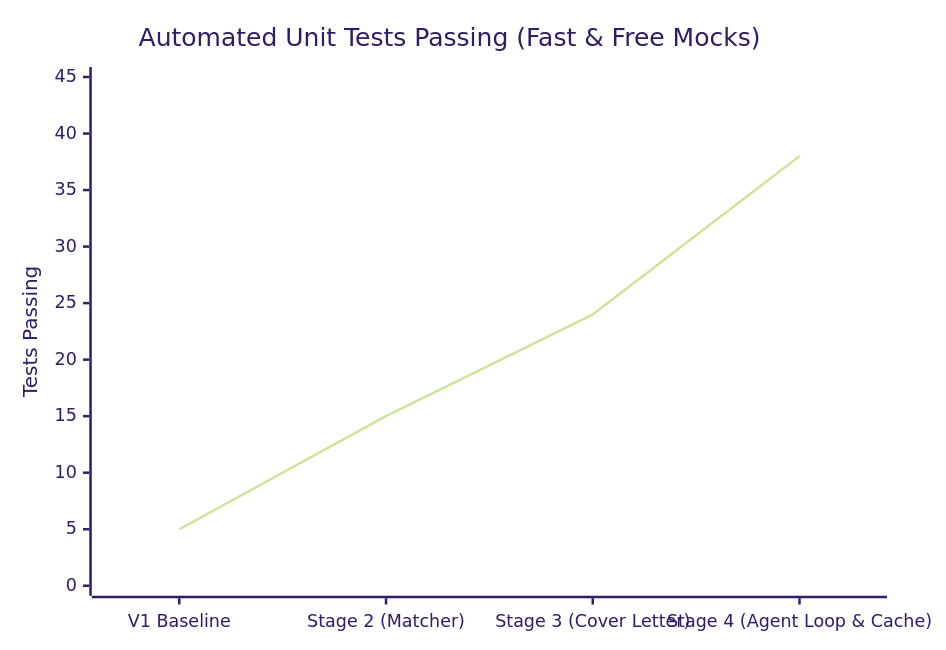
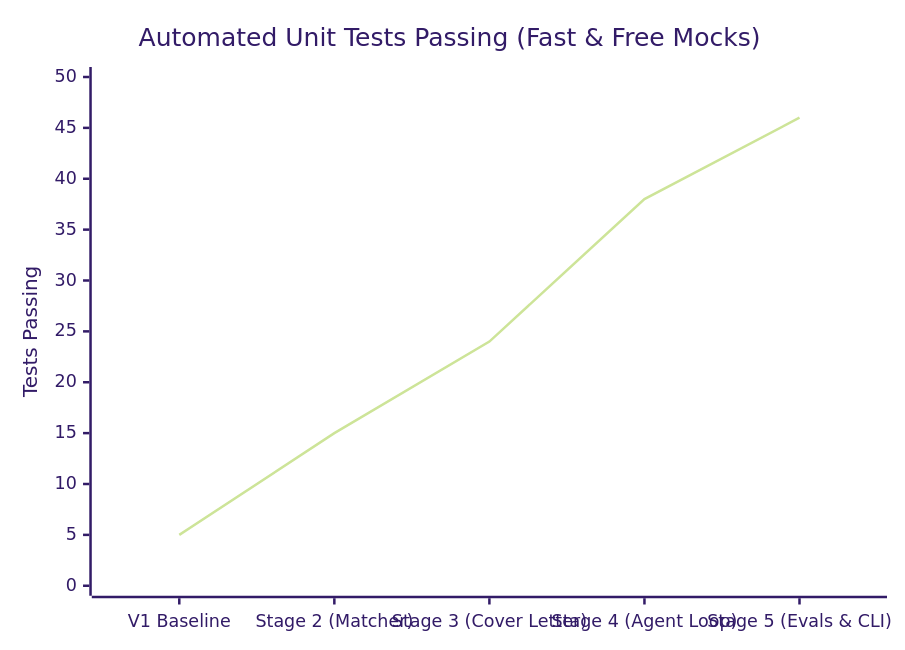
The second of 3 diagrams in METRICS.md (Rx4445/job-agent-), drawn with Mermaid (forest theme) before and after one commit. The commit also changed other lines of this file and 5 other files, not shown here.

Commit message:
feat: implement stage 5 agent decision benchmark and interactive cli copilot

````diff
--- a/METRICS.md
+++ b/METRICS.md
@@ -19,7 +19,7 @@
 ```mermaid
 xychart-beta
     title "Automated Unit Tests Passing (Fast & Free Mocks)"
-    x-axis ["V1 Baseline", "Stage 2 (Matcher)", "Stage 3 (Cover Letter)", "Stage 4 (Agent Loop & Cache)"]
-    y-axis "Tests Passing" 0 --> 45
-    line [5, 15, 24, 38]
+    x-axis ["V1 Baseline", "Stage 2 (Matcher)", "Stage 3 (Cover Letter)", "Stage 4 (Agent Loop)", "Stage 5 (Evals & CLI)"]
+    y-axis "Tests Passing" 0 --> 50
+    line [5, 15, 24, 38, 46]
 ```
````
